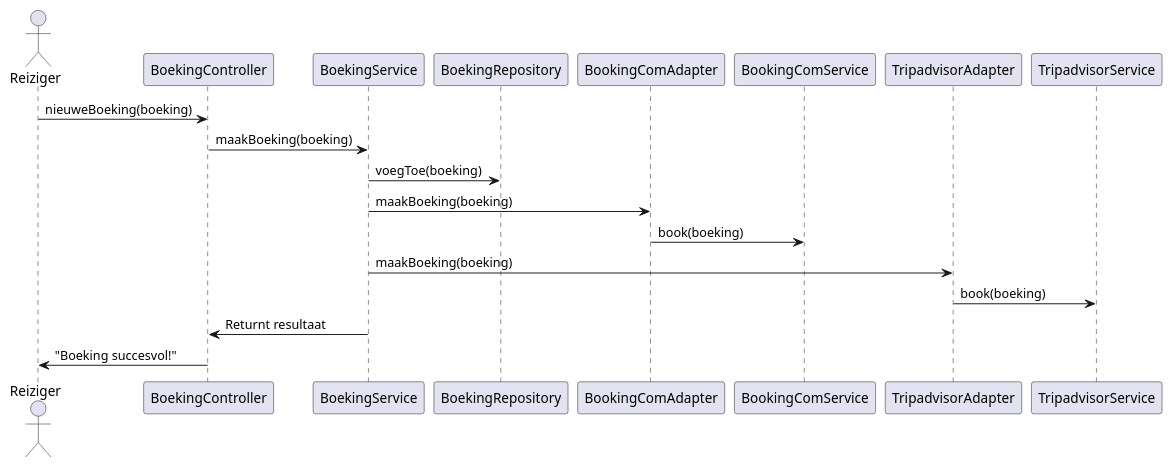
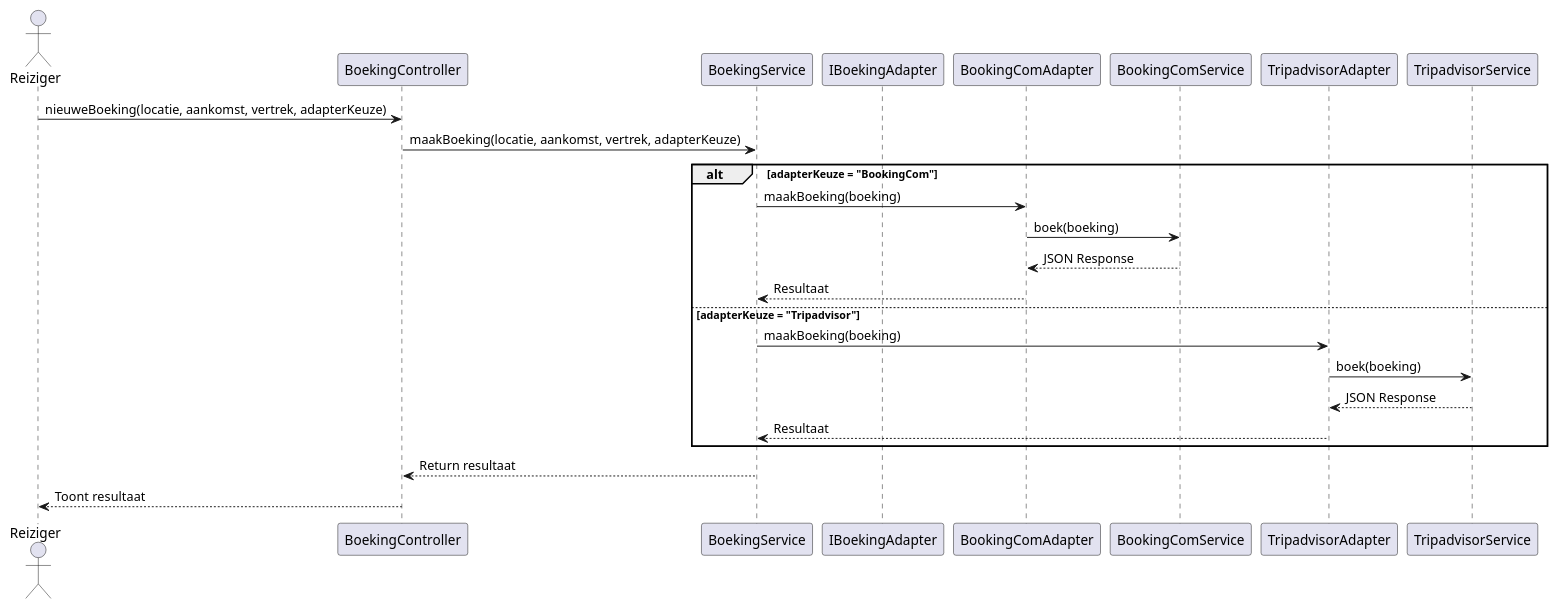
The diagram in W3/Diagrammen/ClassD/SequenceD/SequentieDiagramQuinn.puml (AIM-ENE-feb25/triptop-sqr-tech), drawn with PlantUML before and after one commit.

Commit message:
update sequence diagram

```diff
--- a/W3/Diagrammen/ClassD/SequenceD/SequentieDiagramQuinn.puml
+++ b/W3/Diagrammen/ClassD/SequenceD/SequentieDiagramQuinn.puml
@@ -1,23 +1,29 @@
 @startuml
-'https://plantuml.com/sequence-diagram
-
 actor Reiziger
 participant BoekingController
 participant BoekingService
-participant BoekingRepository
+participant IBoekingAdapter
 participant BookingComAdapter
 participant BookingComService
 participant TripadvisorAdapter
 participant TripadvisorService
 
-Reiziger -> BoekingController: nieuweBoeking(boeking)
-BoekingController -> BoekingService: maakBoeking(boeking)
-BoekingService -> BoekingRepository: voegToe(boeking)
-BoekingService -> BookingComAdapter: maakBoeking(boeking)
-BookingComAdapter -> BookingComService: book(boeking)
-BoekingService -> TripadvisorAdapter: maakBoeking(boeking)
-TripadvisorAdapter -> TripadvisorService: book(boeking)
-BoekingService -> BoekingController: Returnt resultaat
-BoekingController -> Reiziger: "Boeking succesvol!"
+Reiziger -> BoekingController: nieuweBoeking(locatie, aankomst, vertrek, adapterKeuze)
+BoekingController -> BoekingService: maakBoeking(locatie, aankomst, vertrek, adapterKeuze)
+
+alt adapterKeuze = "BookingCom"
+    BoekingService -> BookingComAdapter: maakBoeking(boeking)
+    BookingComAdapter -> BookingComService: boek(boeking)
+    BookingComService --> BookingComAdapter: JSON Response
+    BookingComAdapter --> BoekingService: Resultaat
+else adapterKeuze = "Tripadvisor"
+    BoekingService -> TripadvisorAdapter: maakBoeking(boeking)
+    TripadvisorAdapter -> TripadvisorService: boek(boeking)
+    TripadvisorService --> TripadvisorAdapter: JSON Response
+    TripadvisorAdapter --> BoekingService: Resultaat
+end
+
+BoekingService --> BoekingController: Return resultaat
+BoekingController --> Reiziger: Toont resultaat
 
 @enduml
```
